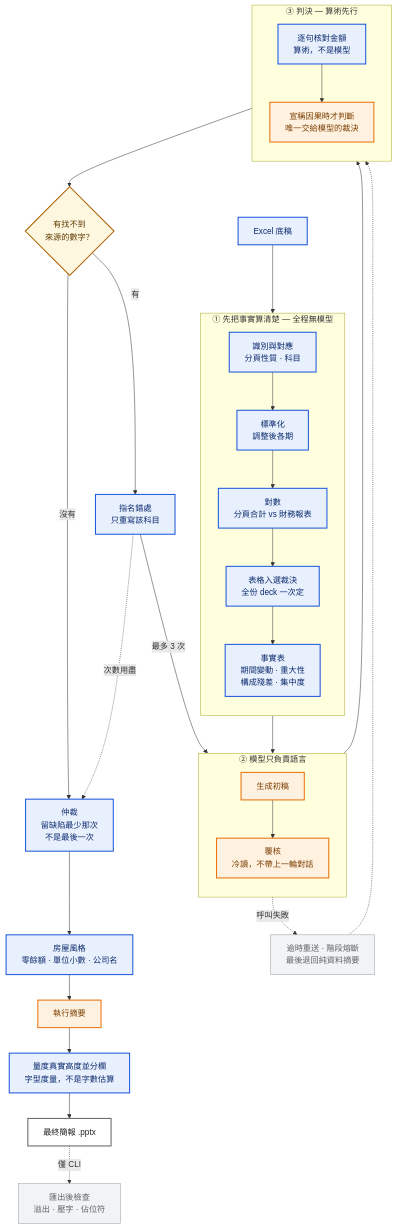
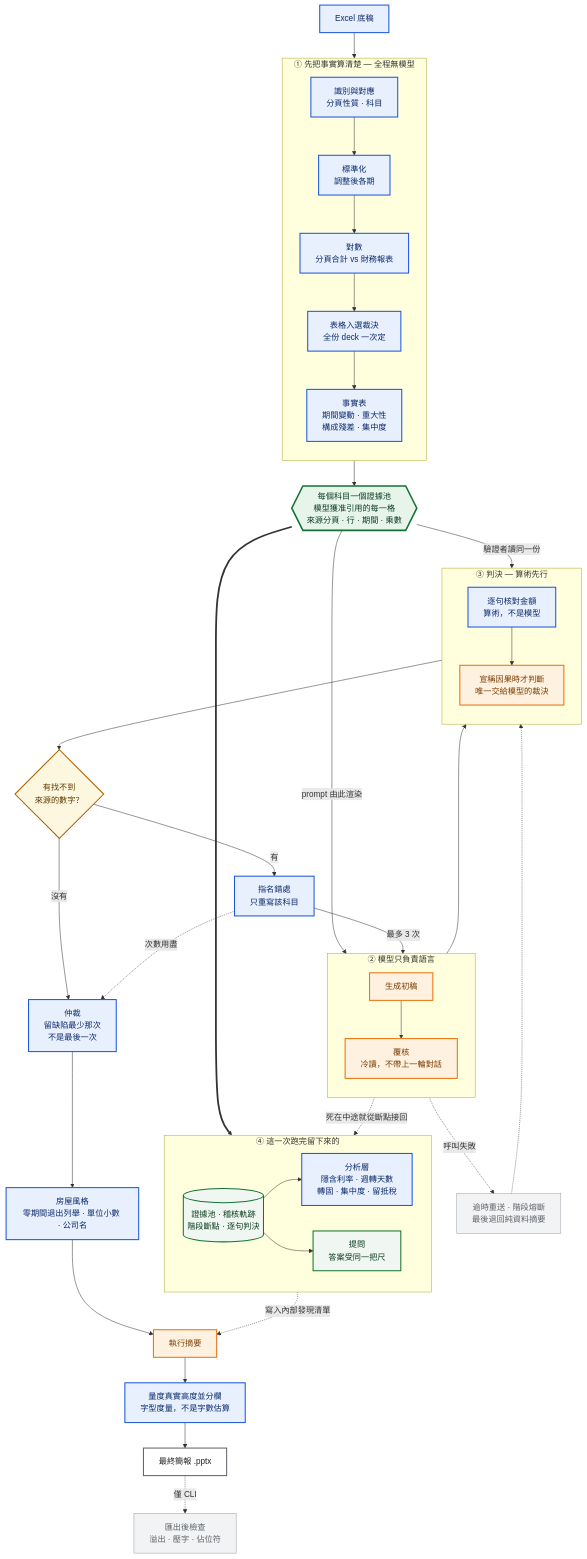
The diagram in README.md (yutsang/python-pptx), drawn with Mermaid before and after one commit. The commit also changed other lines of this file, not shown here.

````diff
--- a/README.md
+++ b/README.md
@@ -27,7 +33,9 @@
 ```mermaid
 flowchart TD
-    classDef det fill:#E8F0FE,stroke:#1A56DB,stroke-width:2px,color:#0B2A6B
-    classDef llm fill:#FFF1E0,stroke:#E8710A,stroke-width:2px,color:#7A3E00
+    classDef det  fill:#E8F0FE,stroke:#1A56DB,stroke-width:2px,color:#0B2A6B
+    classDef llm  fill:#FFF1E0,stroke:#E8710A,stroke-width:2px,color:#7A3E00
+    classDef pool fill:#E6F4EA,stroke:#137333,stroke-width:3px,color:#0B3D1E
+    classDef keep fill:#F0F7F2,stroke:#137333,stroke-width:2px,color:#0B3D1E
     classDef edge fill:#FFFFFF,stroke:#5F6368,stroke-width:2px,color:#202124
     classDef weak fill:#F1F3F4,stroke:#9AA0A6,stroke-width:1px,color:#5F6368
     classDef gate fill:#FEF7E0,stroke:#B06000,stroke-width:2px,color:#5C3A00
@@ -44,6 +52,8 @@
         FACT["事實表<br/>期間變動 · 重大性<br/>構成殘差 · 集中度"]
         RES --> NORM --> REC --> SUB --> FACT
     end
+
+    EV{{"每個科目一個證據池<br/>模型獲准引用的每一格<br/>來源分頁 · 行 · 期間 · 乘數"}}
 
     subgraph S2["② 模型只負責語言"]
         direction TB
@@ -62,14 +72,25 @@
     GATE{"有找不到<br/>來源的數字？"}
     RE["指名錯處<br/>只重寫該科目"]
     ARB["仲裁<br/>留缺陷最少那次<br/>不是最後一次"]
-    HS["房屋風格<br/>零餘額 · 單位小數 · 公司名"]
+    HS["房屋風格<br/>零期間退出列舉 · 單位小數 · 公司名"]
     SUM["執行摘要"]
     PACK["量度真實高度並分欄<br/>字型度量，不是字數估算"]
     HAR["逾時重送 · 階段熔斷<br/>最後退回純資料摘要"]
     QA["匯出後檢查<br/>溢出 · 壓字 · 佔位符"]
 
+    subgraph S4["④ 這一次跑完留下來的"]
+        direction LR
+        DISK[("證據池 · 稽核軌跡<br/>階段斷點 · 逐句判決")]
+        ANA["分析層<br/>隱含利率 · 週轉天數<br/>轉固 · 集中度 · 留抵稅"]
+        ASK["提問<br/>答案受同一把尺"]
+        DISK --> ANA
+        DISK --> ASK
+    end
+
     XL --> RES
-    FACT --> GEN
+    FACT --> EV
+    EV -->|"prompt 由此渲染"| GEN
+    EV -->|"驗證者讀同一份"| CHK
     AUD --> CHK
     VAL --> GATE
     GATE -->|"有"| RE
@@ -78,12 +99,18 @@
     RE -.->|"次數用盡"| ARB
     ARB --> HS --> SUM --> PACK --> OUT
 
+    EV ==> DISK
+    ANA -.->|"寫入內部發現清單"| SUM
+
     GEN -.->|"呼叫失敗"| HAR
     HAR -.-> CHK
+    GEN -.->|"死在中途就從斷點接回"| DISK
     OUT -.->|"僅 CLI"| QA
 
-    class XL,RES,NORM,REC,SUB,FACT,CHK,RE,ARB,HS,PACK det
+    class XL,RES,NORM,REC,SUB,FACT,CHK,RE,ARB,HS,PACK,ANA det
     class GEN,AUD,VAL,SUM llm
+    class EV pool
+    class DISK,ASK keep
     class GATE gate
     class HAR,QA weak
     class OUT edge
````
